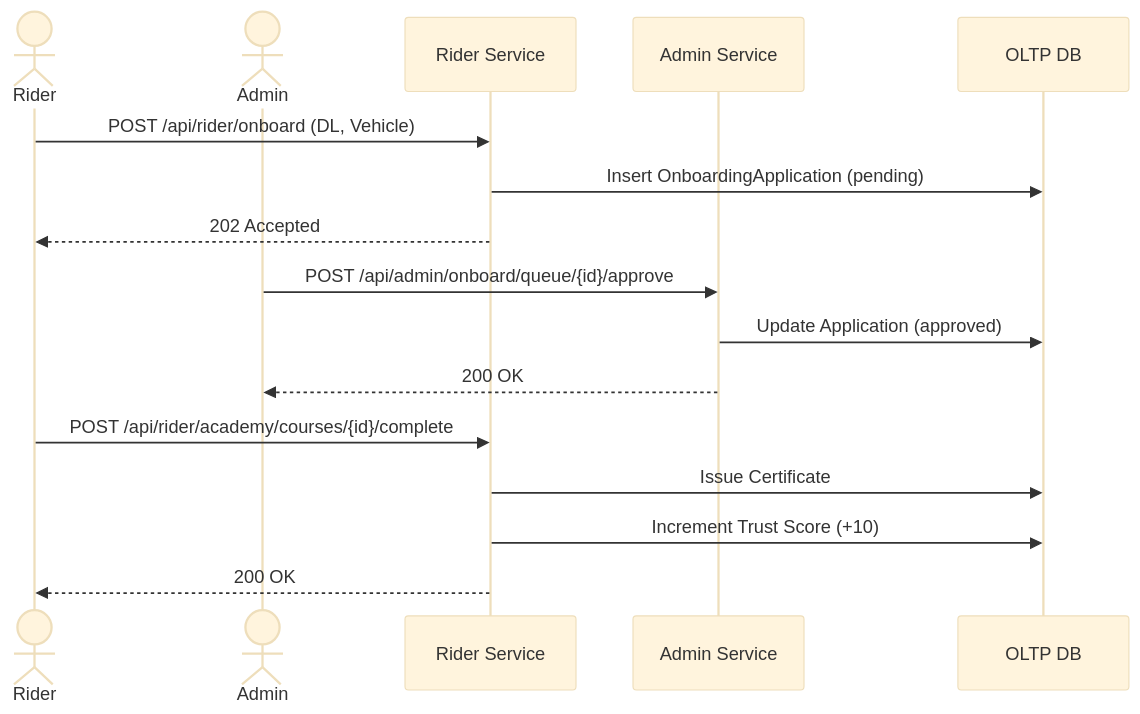
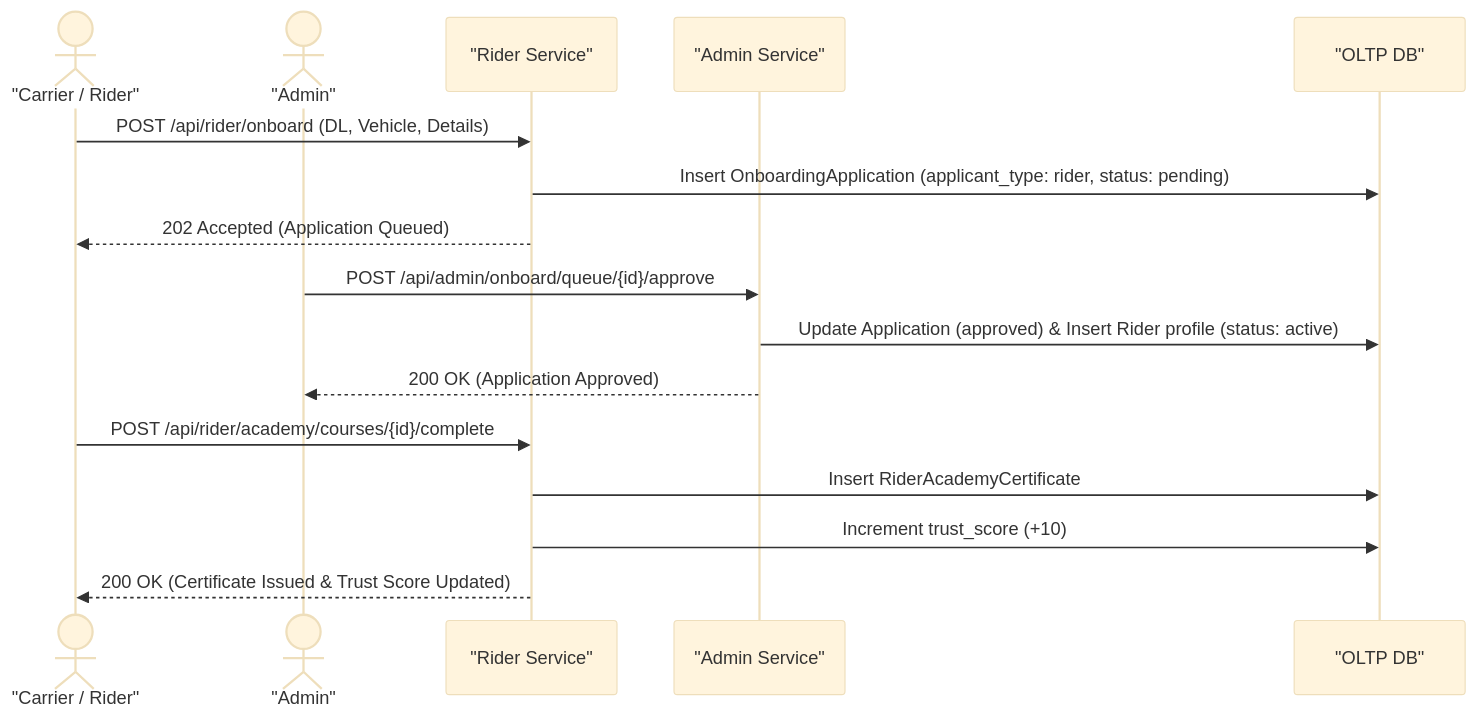
Before and after one commit to Muneeb7860/Swish_App: diagram 11 of 13 in low_level_design.md, drawn with Mermaid (base theme). The commit also changed other lines of this file and 25 other files, not shown here.

````diff
--- a/low_level_design.md
+++ b/low_level_design.md
@@ -285,21 +757,21 @@
 ```mermaid
 sequenceDiagram
-    actor Rider
-    actor Admin
-    participant RiderSrv as Rider Service
-    participant AdminSrv as Admin Service
-    participant DB as OLTP DB
+    actor Rider as "Carrier / Rider"
+    actor Admin as "Admin"
+    participant RiderSrv as "Rider Service"
+    participant AdminSrv as "Admin Service"
+    participant DB as "OLTP DB"
     
-    Rider->>RiderSrv: POST /api/rider/onboard (DL, Vehicle)
-    RiderSrv->>DB: Insert OnboardingApplication (pending)
-    RiderSrv-->>Rider: 202 Accepted
+    Rider->>RiderSrv: POST /api/rider/onboard (DL, Vehicle, Details)
+    RiderSrv->>DB: Insert OnboardingApplication (applicant_type: rider, status: pending)
+    RiderSrv-->>Rider: 202 Accepted (Application Queued)
     
     Admin->>AdminSrv: POST /api/admin/onboard/queue/{id}/approve
-    AdminSrv->>DB: Update Application (approved)
-    AdminSrv-->>Admin: 200 OK
+    AdminSrv->>DB: Update Application (approved) & Insert Rider profile (status: active)
+    AdminSrv-->>Admin: 200 OK (Application Approved)
     
     Rider->>RiderSrv: POST /api/rider/academy/courses/{id}/complete
-    RiderSrv->>DB: Issue Certificate
-    RiderSrv->>DB: Increment Trust Score (+10)
-    RiderSrv-->>Rider: 200 OK
+    RiderSrv->>DB: Insert RiderAcademyCertificate
+    RiderSrv->>DB: Increment trust_score (+10)
+    RiderSrv-->>Rider: 200 OK (Certificate Issued & Trust Score Updated)
 ```
````
